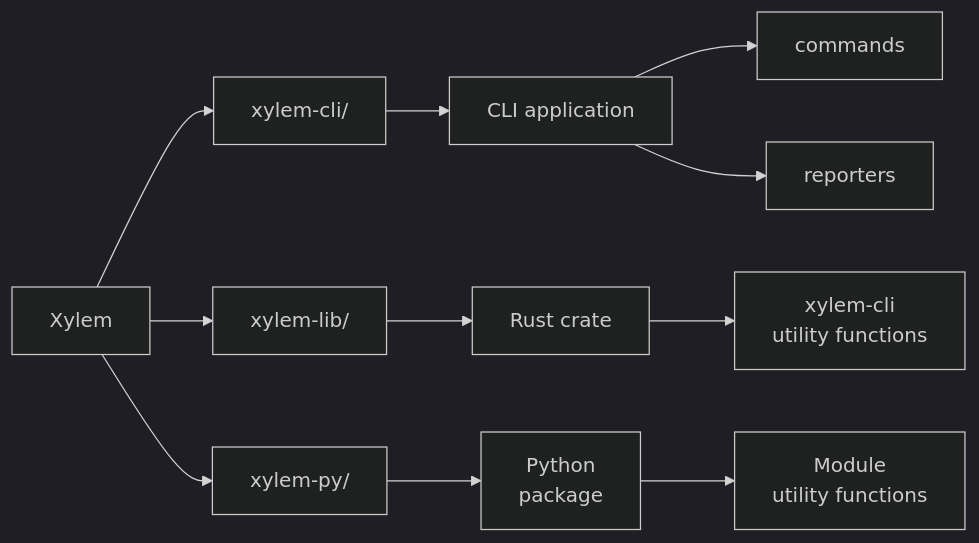
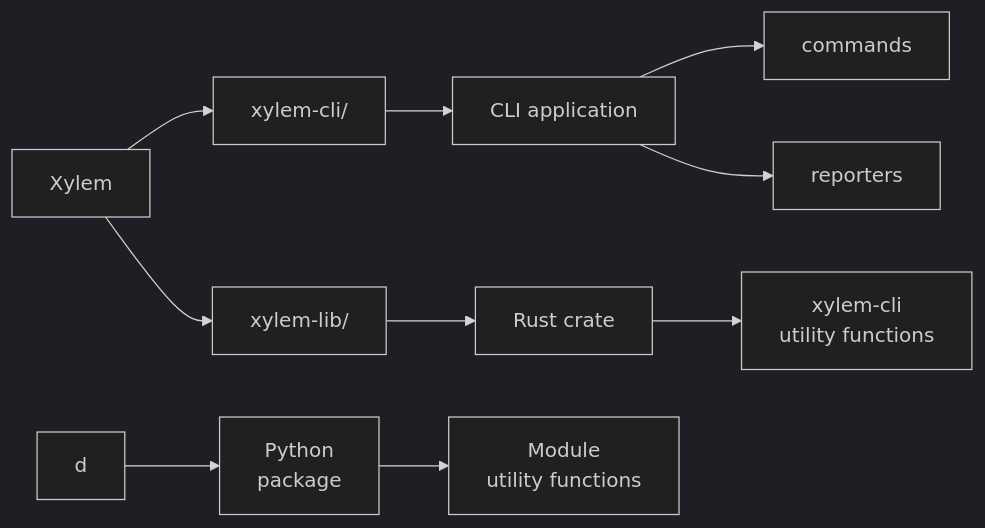
Before and after one commit to jhwohlgemuth/xylem: the diagram in ARCHITECTURE.md, drawn with Mermaid (dark theme). The commit also changed other lines of this file and 3 other files, not shown here.

````diff
--- a/ARCHITECTURE.md
+++ b/ARCHITECTURE.md
@@ -18,13 +14,12 @@
 ```mermaid
 graph LR
     a[Xylem] --> b[xylem-cli/]
     a --> c[xylem-lib/]
-    a --> d[xylem-py/]
     b --> e[CLI application]
     c --> f[Rust crate]
     d --> g[Python</br>package]
     e --> h[commands]
     e --> i[reporters]
     f --> j[xylem-cli</br>utility functions]
     g --> k[Module</br>utility functions]
 ```
````
